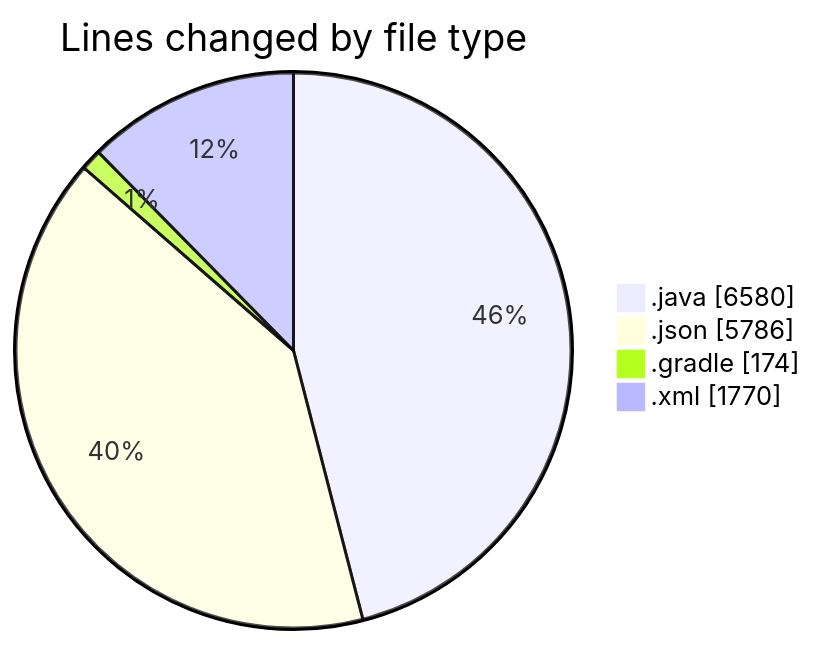
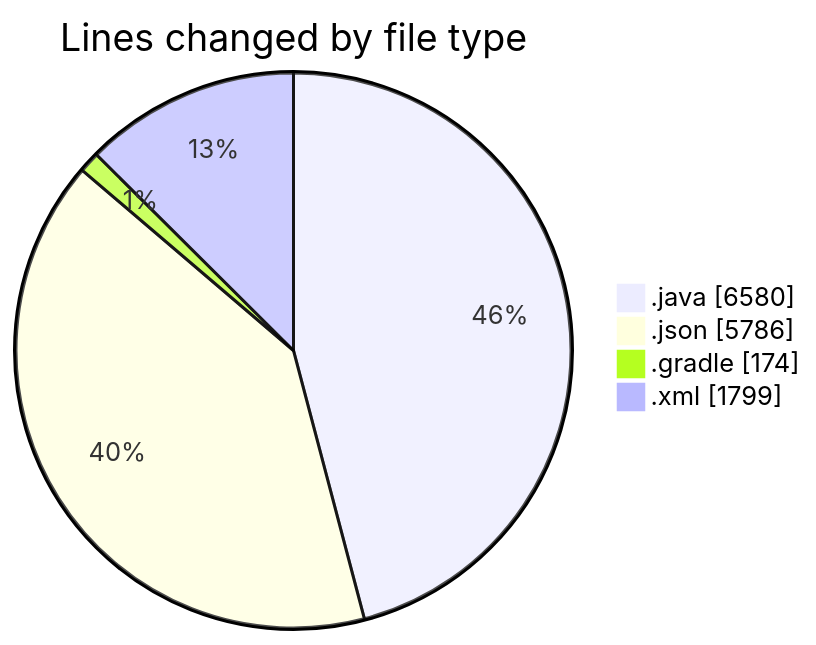
Before and after one commit to charlie-sans/code-tracking: the first of 2 diagrams in 2025-02-22/micros/README.md, drawn with Mermaid. The commit also changed other lines of this file and 1 other file, not shown here.

````diff
--- a/2025-02-22/micros/README.md
+++ b/2025-02-22/micros/README.md
@@ -69,8 +69,8 @@
 ```mermaid
 pie showData
 title Lines changed by file type
 ".java" : 6580
 ".json" : 5786
 ".gradle" : 174
-".xml" : 1770
+".xml" : 1799
 ```
````
